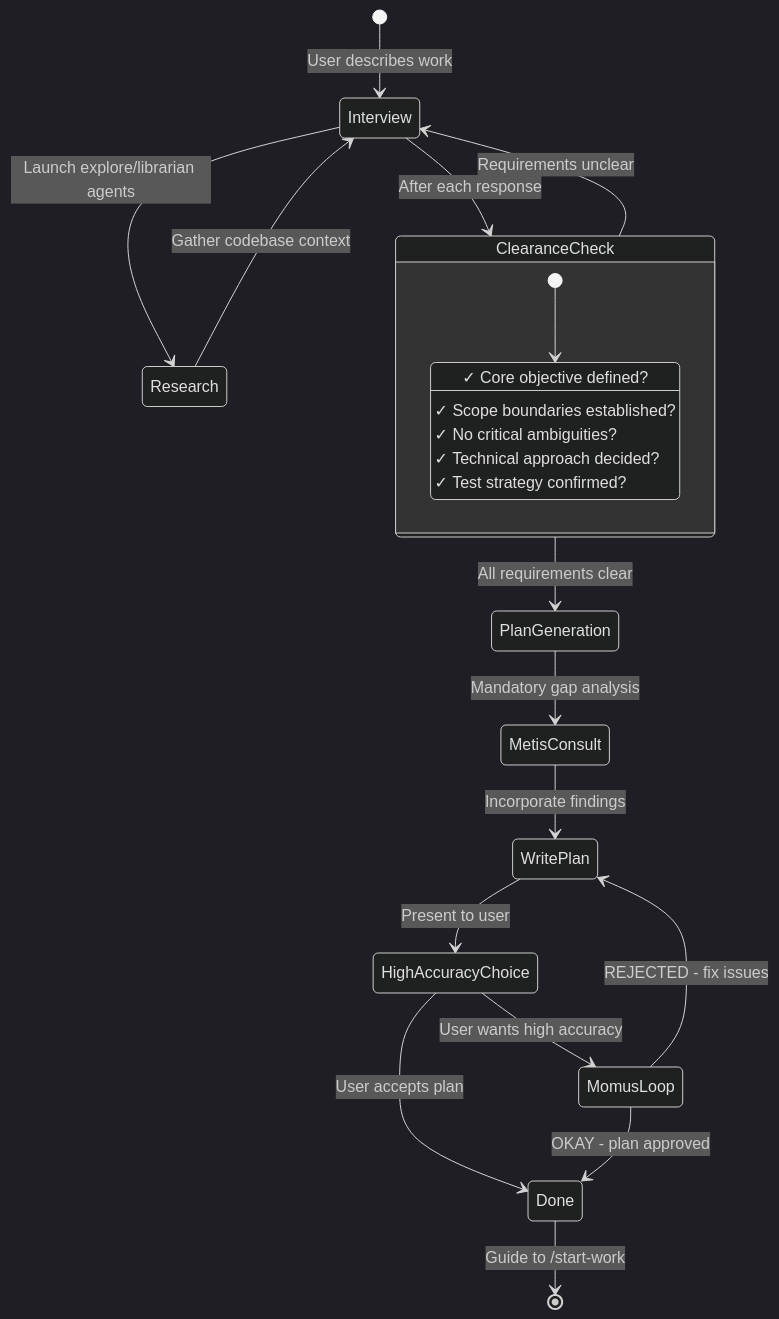
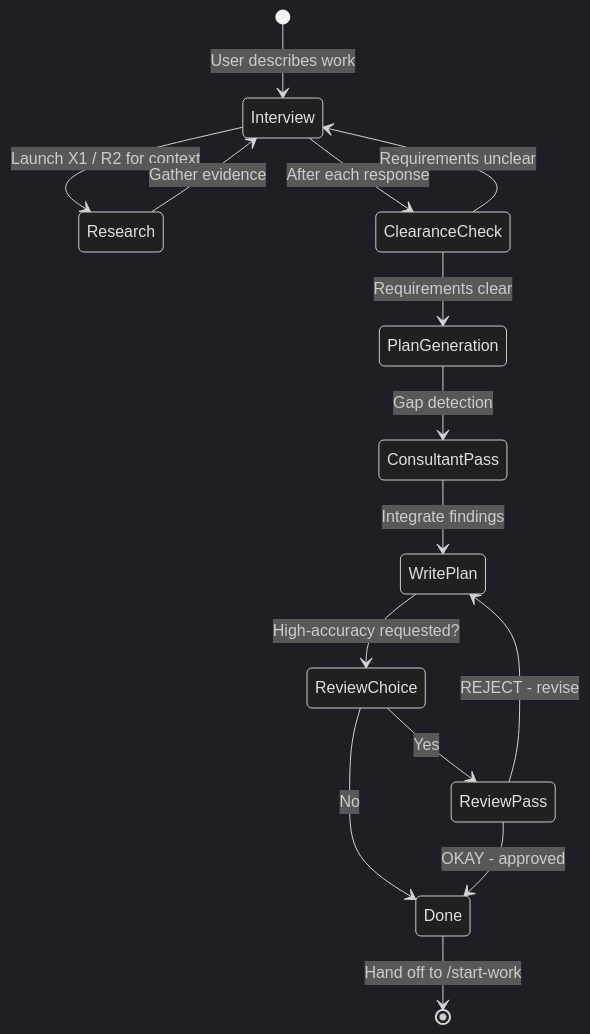
Before and after one commit to codewithkenzo/oh-my-opencode: the second of 4 diagrams in docs/guide/understanding-orchestration-system.md, drawn with Mermaid (dark theme). The commit also changed other lines of this file and 12 other files, not shown here.

First line of the commit message:
Sprint 6: Fix stale agent refs + docs refresh for 8-agent architecture (#28)

````diff
--- a/docs/guide/understanding-orchestration-system.md
+++ b/docs/guide/understanding-orchestration-system.md
@@ -76,31 +79,22 @@
 ```mermaid
 stateDiagram-v2
     [*] --> Interview: User describes work
-    Interview --> Research: Launch explore/librarian agents
-    Research --> Interview: Gather codebase context
+    Interview --> Research: Launch X1 / R2 for context
+    Research --> Interview: Gather evidence
     Interview --> ClearanceCheck: After each response
-    
+
     ClearanceCheck --> Interview: Requirements unclear
-    ClearanceCheck --> PlanGeneration: All requirements clear
-    
-    state ClearanceCheck {
-        [*] --> Check
-        Check: ✓ Core objective defined?
-        Check: ✓ Scope boundaries established?
-        Check: ✓ No critical ambiguities?
-        Check: ✓ Technical approach decided?
-        Check: ✓ Test strategy confirmed?
-    }
-    
-    PlanGeneration --> MetisConsult: Mandatory gap analysis
-    MetisConsult --> WritePlan: Incorporate findings
-    WritePlan --> HighAccuracyChoice: Present to user
-    
-    HighAccuracyChoice --> MomusLoop: User wants high accuracy
-    HighAccuracyChoice --> Done: User accepts plan
-    
-    MomusLoop --> WritePlan: REJECTED - fix issues
-    MomusLoop --> Done: OKAY - plan approved
-    
-    Done --> [*]: Guide to /start-work
+    ClearanceCheck --> PlanGeneration: Requirements clear
+
+    PlanGeneration --> ConsultantPass: Gap detection
+    ConsultantPass --> WritePlan: Integrate findings
+    WritePlan --> ReviewChoice: High-accuracy requested?
+
+    ReviewChoice --> ReviewPass: Yes
+    ReviewChoice --> Done: No
+
+    ReviewPass --> WritePlan: REJECT - revise
+    ReviewPass --> Done: OKAY - approved
+
+    Done --> [*]: Hand off to /start-work
 ```
````
